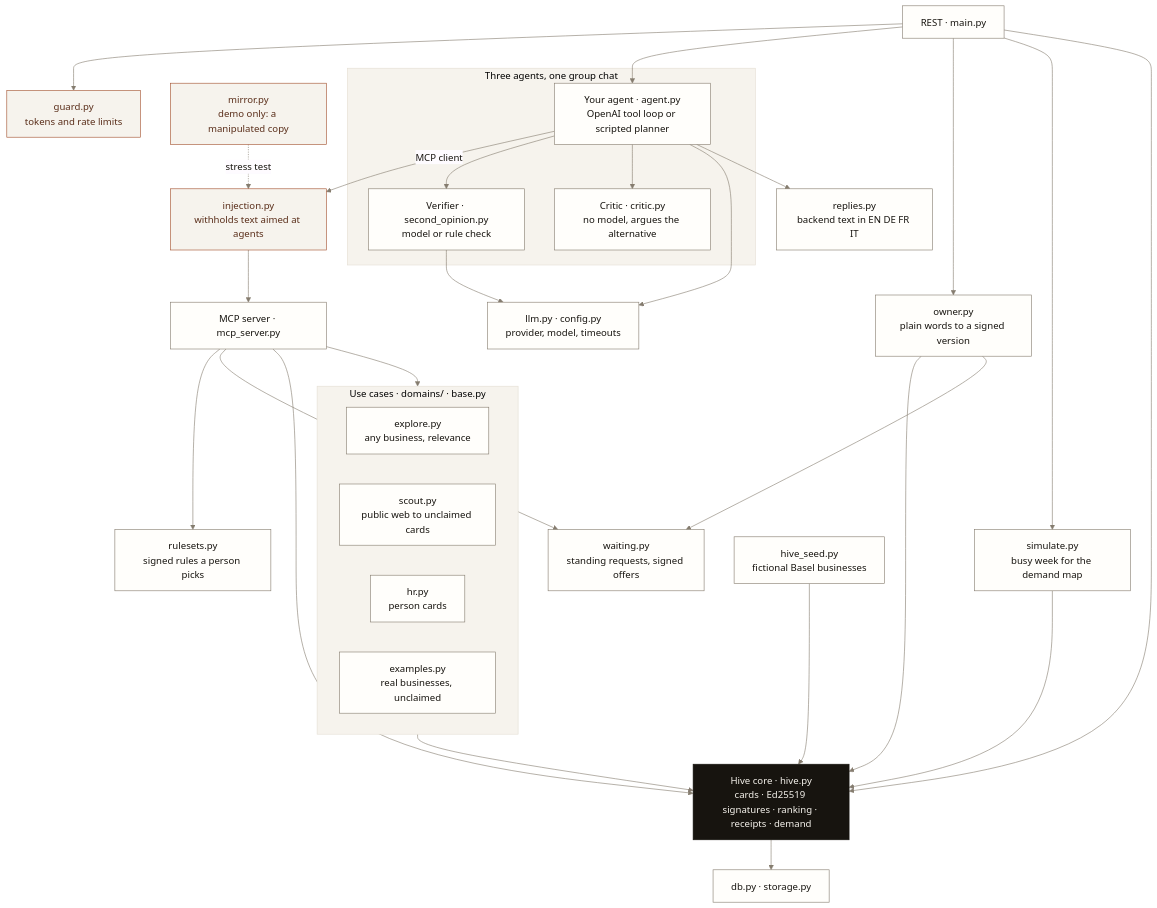
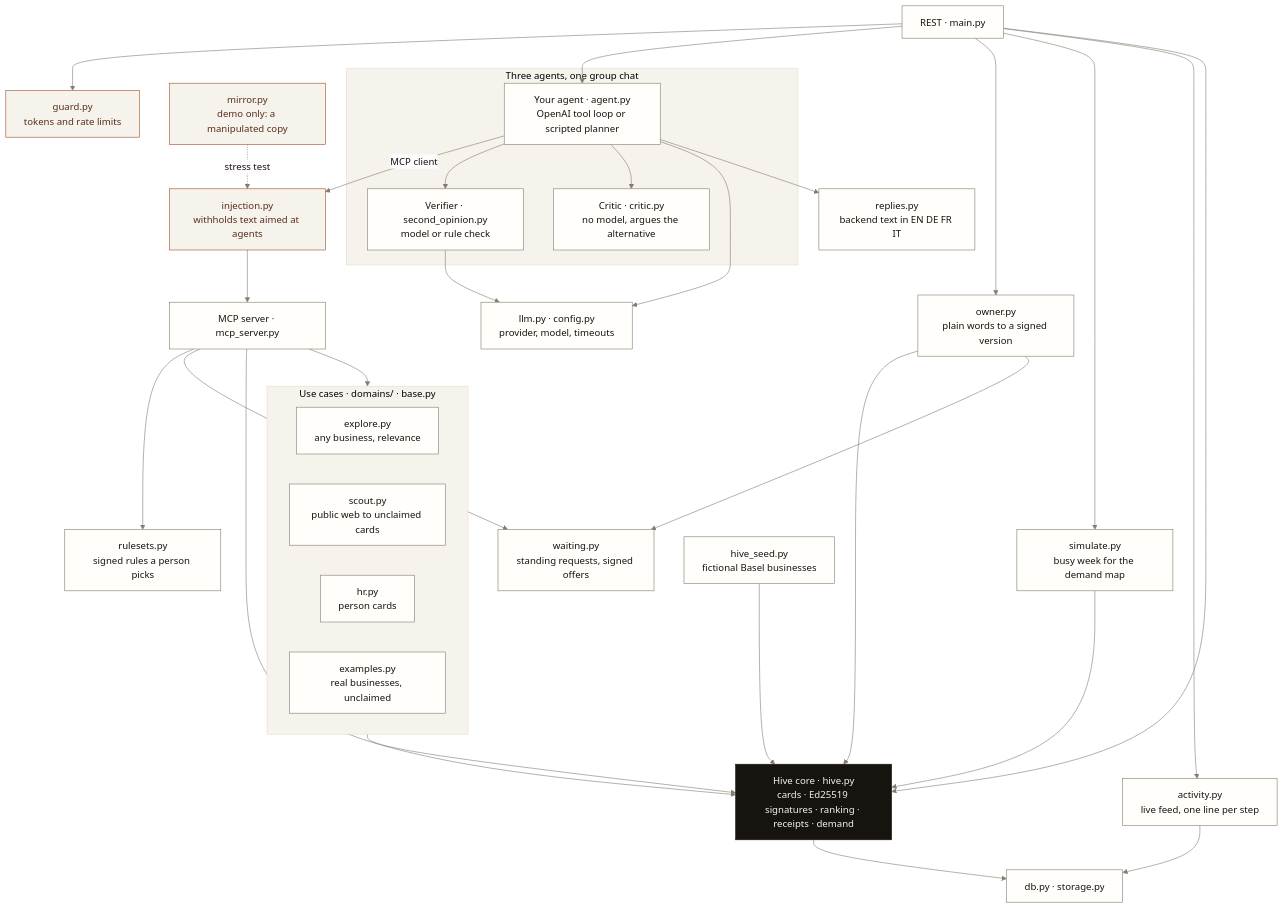
One commit to reactbias/Adobee-Hive changed the second of 6 diagrams in documentation/DIAGRAMS.md. Above: the diagram before and after it, drawn with Mermaid. The commit also changed other lines of this file and 5 other files, not shown here.

First line of the commit message:
feat(activity): live feed of what the agents do, one line per step

````diff
--- a/documentation/DIAGRAMS.md
+++ b/documentation/DIAGRAMS.md
@@ -68,57 +68,59 @@
 ```mermaid
 %%{init: {"theme": "base", "themeVariables": {"primaryColor": "#fffefb", "primaryBorderColor": "#857c6f", "primaryTextColor": "#17140f", "lineColor": "#857c6f", "clusterBkg": "#f6f3ed", "clusterBorder": "#e4ded3", "noteBkgColor": "#f6f3ed", "noteBorderColor": "#e4ded3", "actorBkg": "#fffefb", "actorBorder": "#857c6f", "signalColor": "#4b443a", "signalTextColor": "#17140f", "fontFamily": "Helvetica, Arial, sans-serif"}}}%%
 flowchart TB
   classDef core fill:#17140f,stroke:#17140f,color:#f6f3ed
   classDef mod fill:#fffefb,stroke:#857c6f,color:#17140f
   classDef guard fill:#f6f3ed,stroke:#a24f2c,color:#5a2e1a
 
   REST[REST · main.py]:::mod
   MCP[MCP server · mcp_server.py]:::mod
 
   subgraph DOMAINS["Use cases · domains/ · base.py"]
     EXP[explore.py<br/>any business, relevance]:::mod
     SCT[scout.py<br/>public web to unclaimed cards]:::mod
     HR[hr.py<br/>person cards]:::mod
     EXM[examples.py<br/>real businesses, unclaimed]:::mod
   end
 
   subgraph AGENTS["Three agents, one group chat"]
     A[Your agent · agent.py<br/>OpenAI tool loop or scripted planner]:::mod
     V[Verifier · second_opinion.py<br/>model or rule check]:::mod
     C[Critic · critic.py<br/>no model, argues the alternative]:::mod
   end
 
   INJ[injection.py<br/>withholds text aimed at agents]:::guard
   MIR[mirror.py<br/>demo only: a manipulated copy]:::guard
   GRD[guard.py<br/>tokens and rate limits]:::guard
   LLM[llm.py · config.py<br/>provider, model, timeouts]:::mod
   RPL[replies.py<br/>backend text in EN DE FR IT]:::mod
   OWN[owner.py<br/>plain words to a signed version]:::mod
   WAIT[waiting.py<br/>standing requests, signed offers]:::mod
   RUL[rulesets.py<br/>signed rules a person picks]:::mod
   SIM[simulate.py<br/>busy week for the demand map]:::mod
+  ACT[activity.py<br/>live feed, one line per step]:::mod
   HIVE[Hive core · hive.py<br/>cards · Ed25519 signatures · ranking · receipts · demand]:::core
   SEED[hive_seed.py<br/>fictional Basel businesses]:::mod
   DB[db.py · storage.py]:::mod
 
   REST --> GRD
   REST --> A
   A -->|MCP client| INJ --> MCP
   MIR -.->|stress test| INJ
   A --> V
   A --> C
   A --> LLM
   V --> LLM
   A --> RPL
   REST --> OWN --> HIVE
   OWN --> WAIT
   REST --> SIM --> HIVE
+  REST --> ACT --> DB
   MCP --> DOMAINS
   MCP --> RUL
   MCP --> WAIT
   MCP --> HIVE
   DOMAINS --> HIVE
   REST --> HIVE
   SEED --> HIVE
   HIVE --> DB
 ```
````
